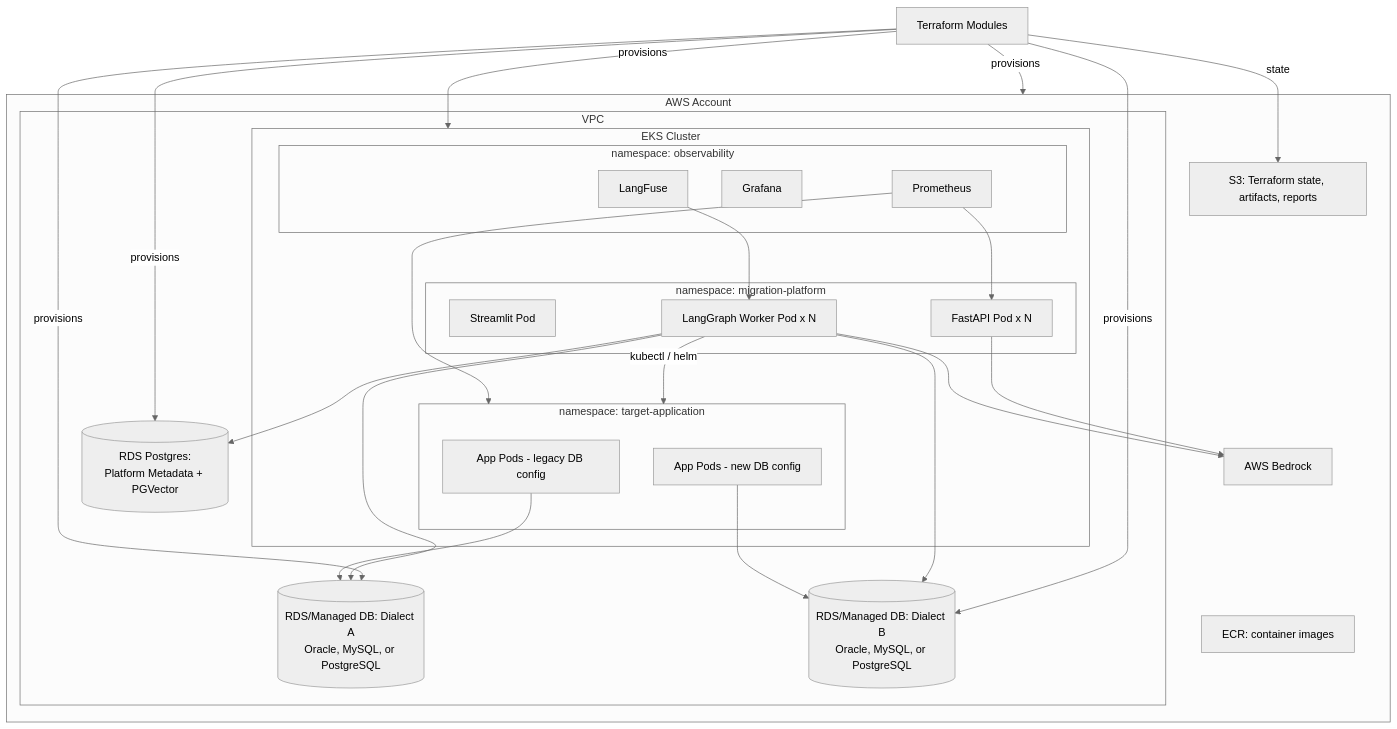
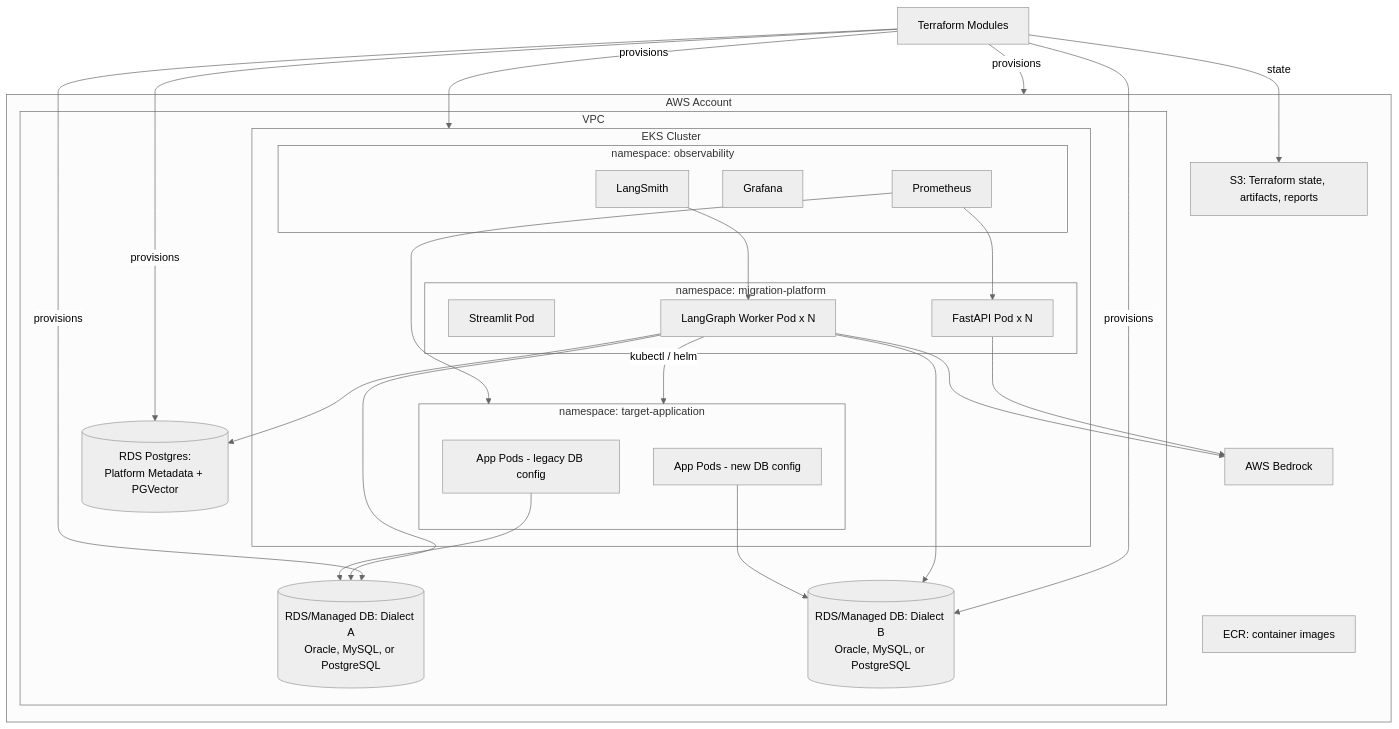
Before and after one commit to rupak-banerjee-ness/Agentic-AI-Data-Migration: diagram 15 of 17 in docs/architecture.md, drawn with Mermaid (neutral theme). The commit also changed other lines of this file and 35 other files, not shown here.

````diff
--- a/docs/architecture.md
+++ b/docs/architecture.md
@@ -640,48 +640,48 @@
 ```mermaid
 flowchart TB
     subgraph AWSAccount["AWS Account"]
         subgraph VPCNet["VPC"]
             subgraph EKSCluster["EKS Cluster"]
                 subgraph ns-platform["namespace: migration-platform"]
                     UIpod[Streamlit Pod]
                     APIpod[FastAPI Pod x N]
                     Orchpod[LangGraph Worker Pod x N]
                 end
                 subgraph ns-app["namespace: target-application"]
                     OldPods[App Pods - legacy DB config]
                     NewPods[App Pods - new DB config]
                 end
                 subgraph ns-observability["namespace: observability"]
                     PromPod[Prometheus]
                     GrafPod[Grafana]
-                    LFPod[LangFuse]
+                    LFPod[LangSmith]
                 end
             end
             RDS_A[(RDS/Managed DB: Dialect A\nOracle, MySQL, or PostgreSQL)]
             RDS_B[(RDS/Managed DB: Dialect B\nOracle, MySQL, or PostgreSQL)]
             MetaPG[(RDS Postgres:\nPlatform Metadata + PGVector)]
         end
         Bedrock[AWS Bedrock]
         ECR[ECR: container images]
         S3[S3: Terraform state, artifacts, reports]
     end
 
     Terraform[Terraform Modules] -->|provisions| VPCNet
     Terraform -->|provisions| EKSCluster
     Terraform -->|provisions| RDS_A
     Terraform -->|provisions| RDS_B
     Terraform -->|provisions| MetaPG
     Terraform -->|state| S3
 
     APIpod --> Bedrock
     Orchpod --> Bedrock
     Orchpod --> MetaPG
     Orchpod --> RDS_A
     Orchpod --> RDS_B
     Orchpod -->|kubectl / helm| ns-app
     NewPods --> RDS_B
     OldPods --> RDS_A
     PromPod --> APIpod
     PromPod --> ns-app
     LFPod --> Orchpod
 ```
````
